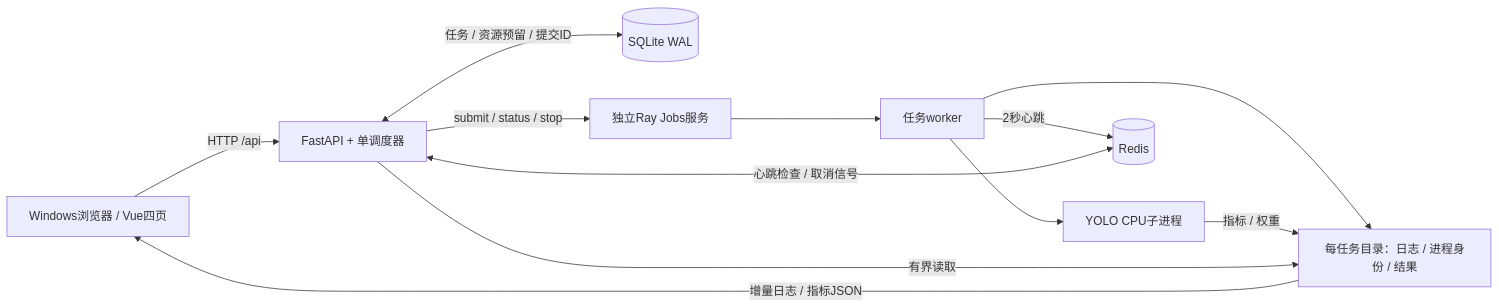
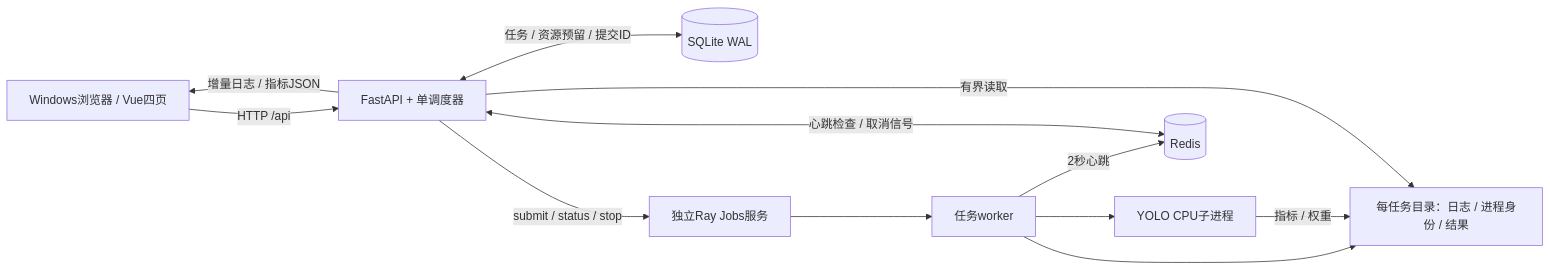
One commit to jackjiahao1491/trainplane-yolo-cpu changed the first of 6 diagrams in docs/architecture-and-implementation.md. Above: the diagram before and after it, drawn with Mermaid. The commit also changed other lines of this file and 2 other files, not shown here.

Commit message:
docs: complete architecture flows and implementation guide

````diff
--- a/docs/architecture-and-implementation.md
+++ b/docs/architecture-and-implementation.md
@@ -46,15 +46,15 @@
 ```mermaid
 %% diagram: overall
 flowchart LR
   UI[Windows浏览器 / Vue四页] -->|HTTP /api| API[FastAPI + 单调度器]
   API <-->|任务 / 资源预留 / 提交ID| DB[(SQLite WAL)]
   API -->|submit / status / stop| RAY[独立Ray Jobs服务]
   RAY --> WORKER[任务worker]
   WORKER --> YOLO[YOLO CPU子进程]
   WORKER -->|2秒心跳| REDIS[(Redis)]
   API <-->|心跳检查 / 取消信号| REDIS
   WORKER --> FILES[每任务目录：日志 / 进程身份 / 结果]
   YOLO -->|指标 / 权重| FILES
   API -->|有界读取| FILES
-  FILES -->|增量日志 / 指标JSON| UI
+  API -->|增量日志 / 指标JSON| UI
 ```
````
